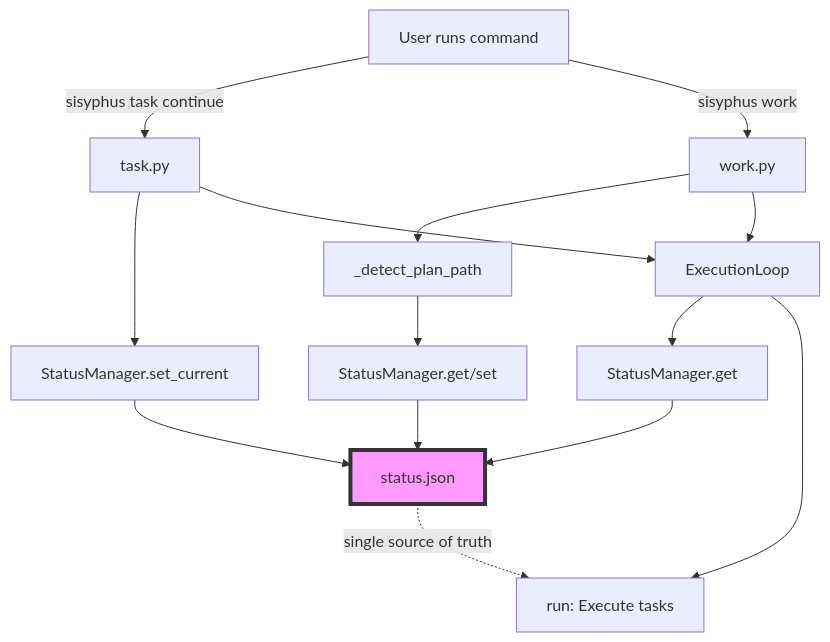
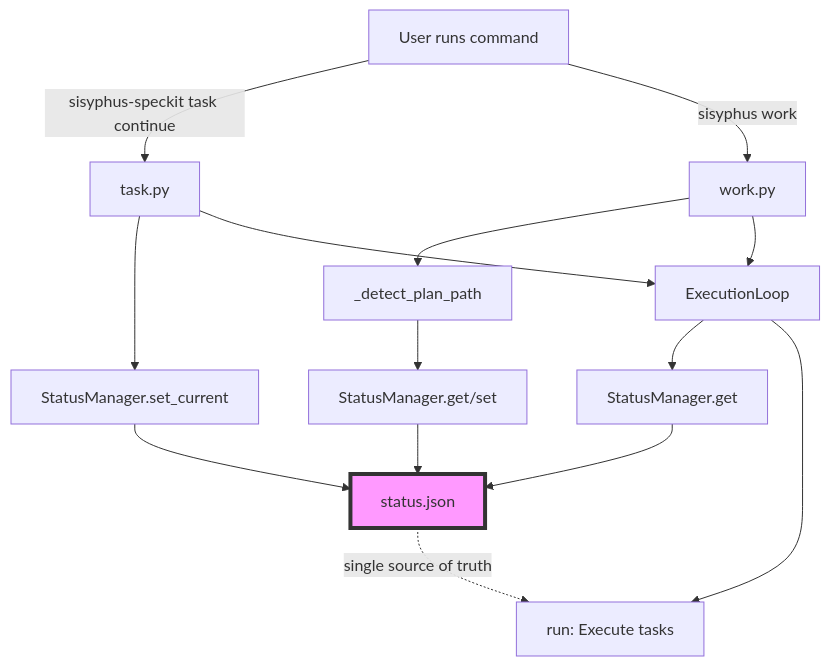
One commit to code-yeongyu/sisyphus-private changed the second of 2 diagrams in projects/sisyphus-cli/docs/MIGRATION_STATUS_JSON.md. Above: the diagram before and after it, drawn with Mermaid. The commit also changed other lines of this file and 11 other files, not shown here.

First line of the commit message:
docs: update remaining markdown files with sisyphus-speckit commands

````diff
--- a/projects/sisyphus-cli/docs/MIGRATION_STATUS_JSON.md
+++ b/projects/sisyphus-cli/docs/MIGRATION_STATUS_JSON.md
@@ -199,26 +199,26 @@
 ```mermaid
 graph TB
     USER[User runs command]
 
-    USER -->|sisyphus task continue| TC[task.py]
+    USER -->|sisyphus-speckit task continue| TC[task.py]
     USER -->|sisyphus work| WORK[work.py]
 
     TC --> SM1[StatusManager.set_current]
     WORK --> DETECT[_detect_plan_path]
     DETECT --> SM2[StatusManager.get/set]
 
     SM1 --> STATUS[status.json]
     SM2 --> STATUS
 
     TC --> LOOP[ExecutionLoop]
     WORK --> LOOP
 
     LOOP --> SM3[StatusManager.get]
     SM3 --> STATUS
 
     LOOP --> RUN[run: Execute tasks]
 
     STATUS -.single source of truth.-> RUN
 
     style STATUS fill:#f9f,stroke:#333,stroke-width:4px
 ```
````
